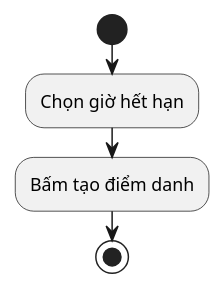
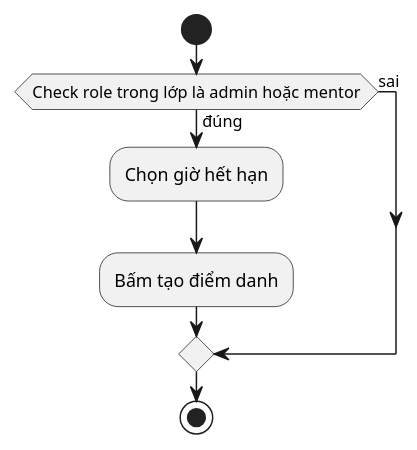
The diagram in Documents/Activiti/Attendance/Tao_Diem_Danh/index.puml (lamhan3012cmvn/Document__2School), drawn with PlantUML before and after one commit. The commit also changed 16 other files, not shown here.

```diff
--- a/Documents/Activiti/Attendance/Tao_Diem_Danh/index.puml
+++ b/Documents/Activiti/Attendance/Tao_Diem_Danh/index.puml
@@ -1,6 +1,9 @@
 @startuml TaoDiemDanh
 start
+if (Check role trong lớp là admin hoặc mentor) is (đúng) then
 :Chọn giờ hết hạn;
 :Bấm tạo điểm danh;
+else (sai)
+endif
 stop
 @enduml
```
